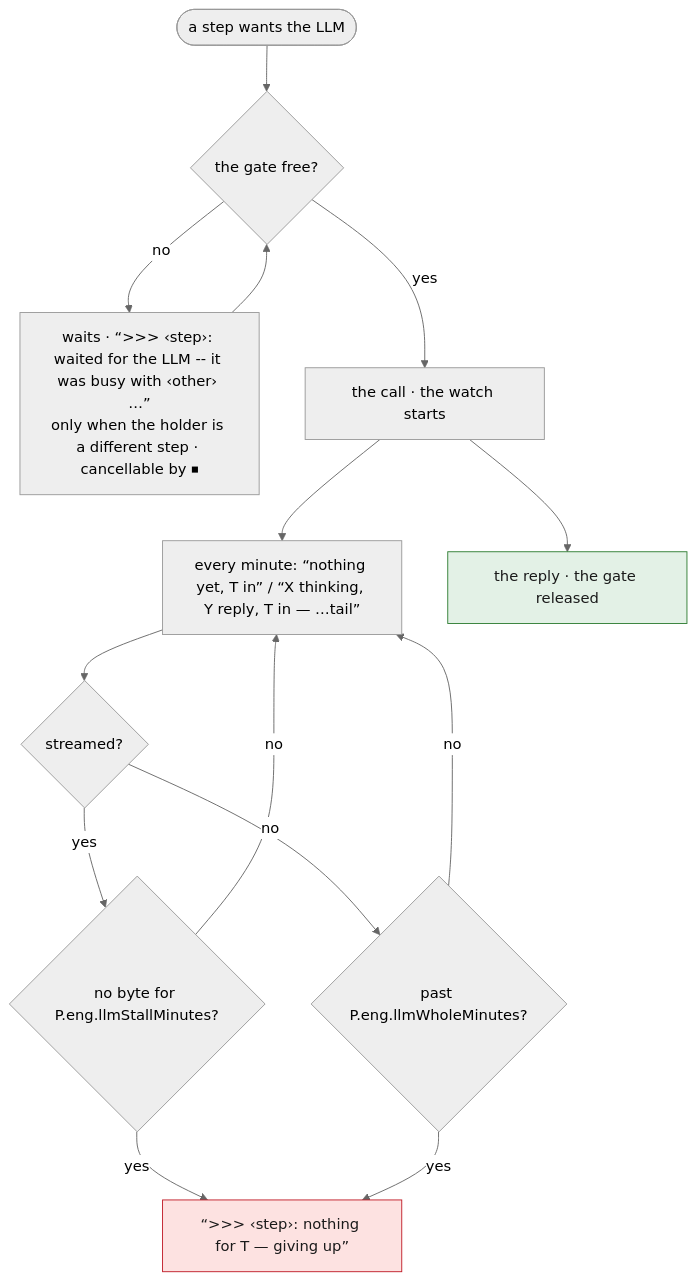
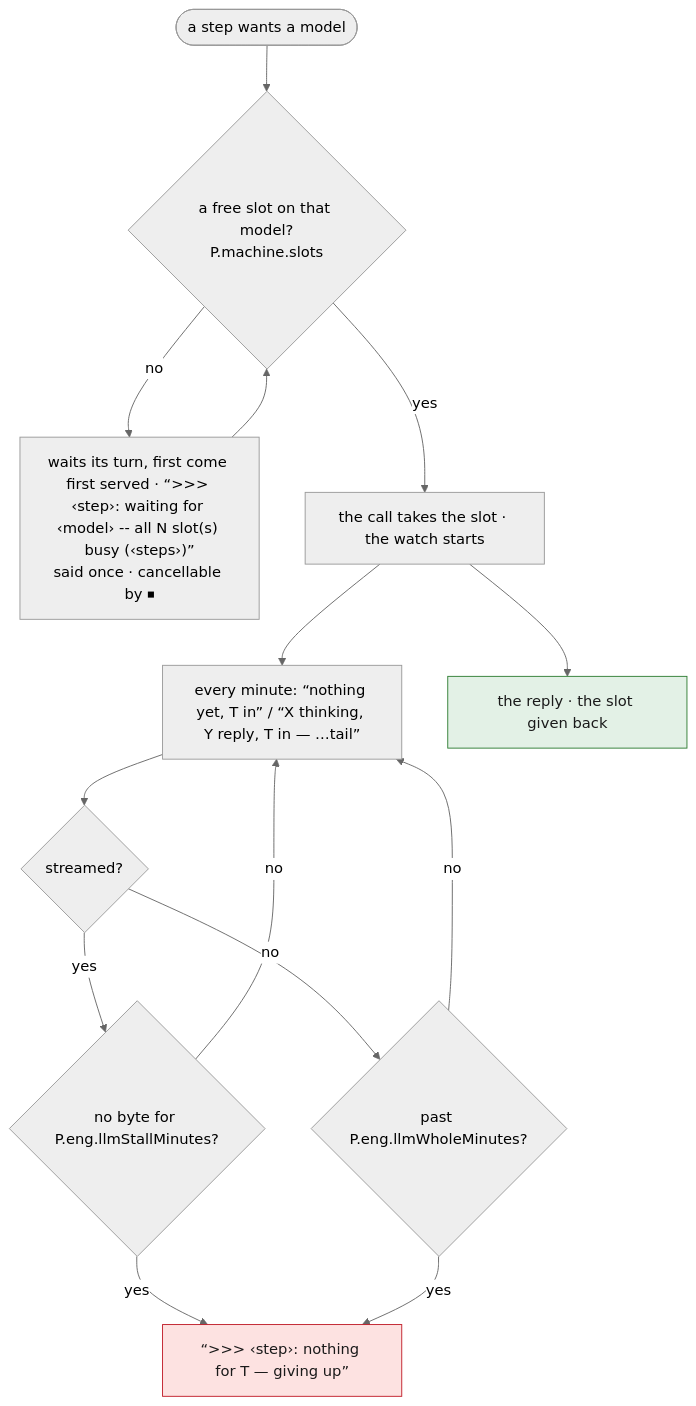
Before and after one commit to tbocek/naivepost: the third of 3 diagrams in spec/09-llm-and-tools.md, drawn with Mermaid (neutral theme). The commit also changed other lines of this file and 24 other files, not shown here.

````diff
--- a/spec/09-llm-and-tools.md
+++ b/spec/09-llm-and-tools.md
@@ -67,19 +67,19 @@
 ```mermaid
 flowchart TD
-  S(["a step wants the LLM"]) --> G{"the gate free?"}
-  G -- no --> WAIT["waits · “>>> ‹step›: waited for the LLM -- it was busy with ‹other› …”<br/>only when the holder is a different step · cancellable by ⏹"]
+  S(["a step wants a model"]) --> G{"a free slot on that model?<br/>P.machine.slots"}
+  G -- no --> WAIT["waits its turn, first come first served · “>>> ‹step›: waiting for ‹model› -- all N slot(s) busy (‹steps›)”<br/>said once · cancellable by ⏹"]
   WAIT --> G
-  G -- yes --> CALL["the call · the watch starts"]
+  G -- yes --> CALL["the call takes the slot · the watch starts"]
   CALL --> HB["every minute: “nothing yet, T in” / “X thinking, Y reply, T in — …tail”"]
   HB --> ST{"streamed?"}
   ST -- yes --> Q{"no byte for P.eng.llmStallMinutes?"}
   Q -- yes --> GIVE["“>>> ‹step›: nothing for T — giving up”"]:::refuse
   Q -- no --> HB
   ST -- no --> CEIL{"past P.eng.llmWholeMinutes?"}
   CEIL -- yes --> GIVE
   CEIL -- no --> HB
-  CALL --> DONE["the reply · the gate released"]:::done
+  CALL --> DONE["the reply · the slot given back"]:::done
   classDef refuse fill:#fde2e1,stroke:#c01c28,color:#1a1a1a
   classDef done fill:#e3f1e6,stroke:#2e7d32,color:#1a1a1a
   classDef ask fill:#e8eefc,stroke:#3a63c8,color:#1a1a1a
 ```
````
